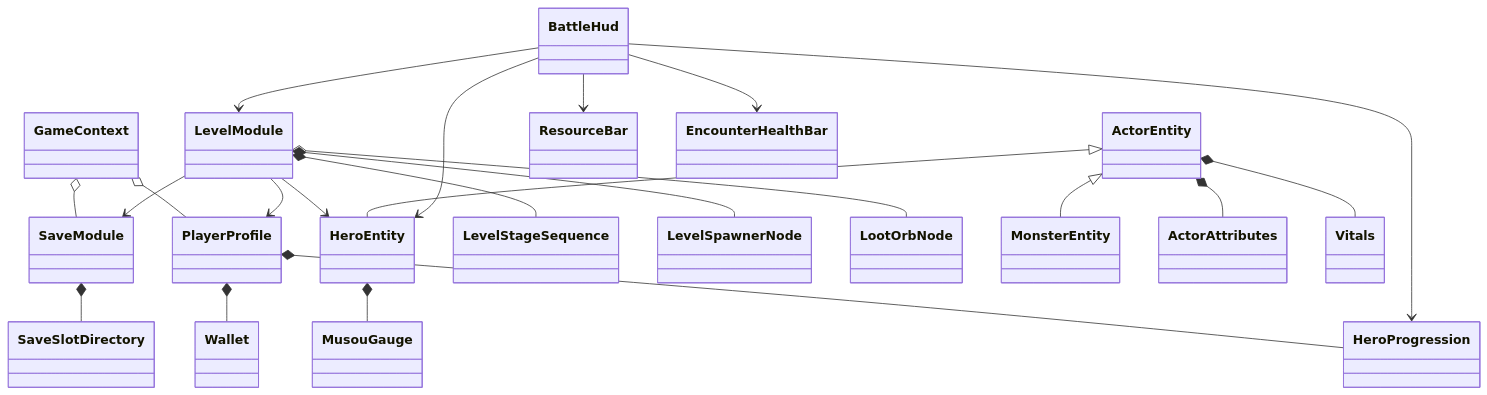
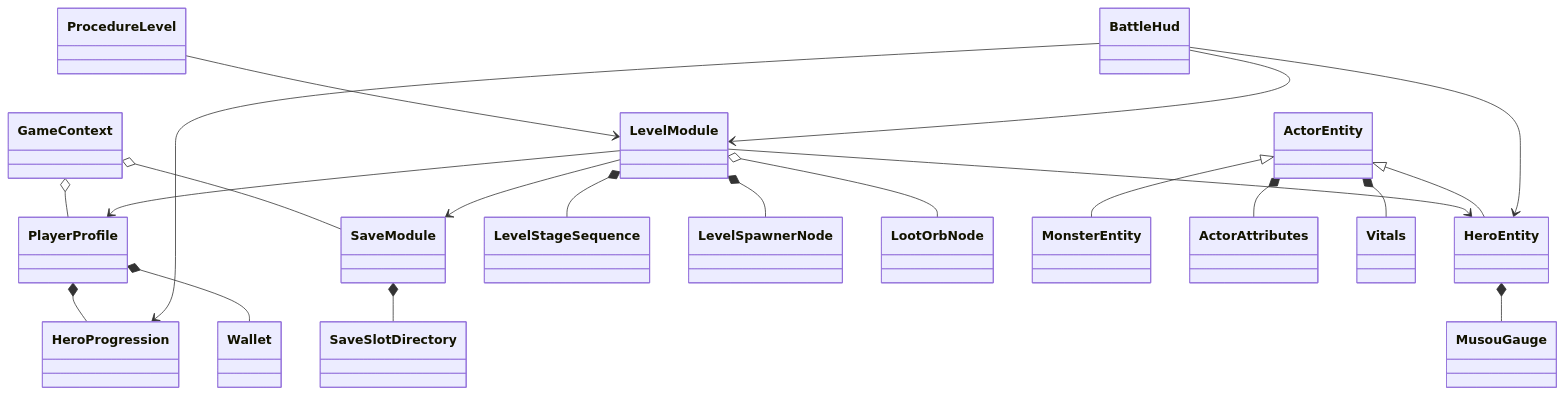
Before and after one commit to zheliku/GameZMXY: the first of 2 diagrams in Docs/ProjectTour.md, drawn with Mermaid. The commit also changed other lines of this file and 193 other files, not shown here.

````diff
--- a/Docs/ProjectTour.md
+++ b/Docs/ProjectTour.md
@@ -102,24 +13,23 @@
 ```mermaid
 classDiagram
     GameContext o-- PlayerProfile
     GameContext o-- SaveModule
     PlayerProfile *-- HeroProgression
     PlayerProfile *-- Wallet
     SaveModule *-- SaveSlotDirectory
+    ProcedureLevel --> LevelModule
     LevelModule --> PlayerProfile
     LevelModule --> SaveModule
     LevelModule --> HeroEntity
     LevelModule *-- LevelStageSequence
     LevelModule *-- LevelSpawnerNode
     LevelModule o-- LootOrbNode
     ActorEntity <|-- HeroEntity
     ActorEntity <|-- MonsterEntity
     ActorEntity *-- ActorAttributes
     ActorEntity *-- Vitals
     HeroEntity *-- MusouGauge
     BattleHud --> HeroEntity
     BattleHud --> HeroProgression
     BattleHud --> LevelModule
-    BattleHud --> ResourceBar
-    BattleHud --> EncounterHealthBar
 ```
````
